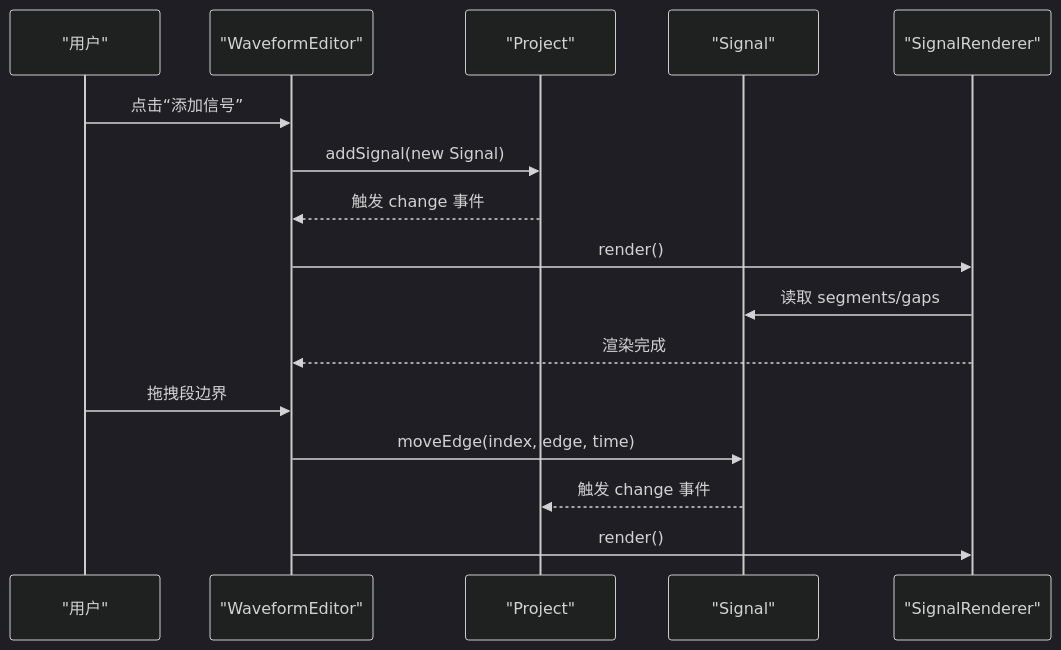
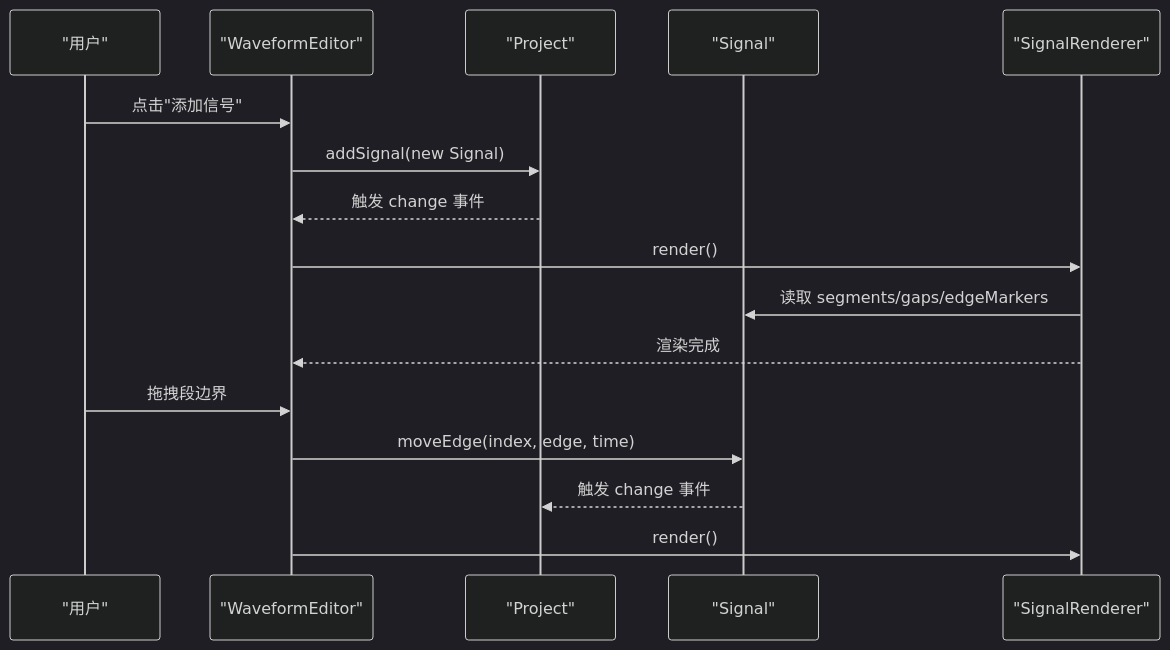
The seventh of 8 diagrams in .qoder/repowiki/zh/content/数据模型系统/信号模型 (Signal).md (nht123456/waveform-editor), drawn with Mermaid (dark theme) before and after one commit. The commit also changed other lines of this file and 12 other files, not shown here.

````diff
--- a/.qoder/repowiki/zh/content/数据模型系统/信号模型 (Signal).md
+++ b/.qoder/repowiki/zh/content/数据模型系统/信号模型 (Signal).md
@@ -389,18 +443,18 @@
 ```mermaid
 sequenceDiagram
 participant User as "用户"
 participant Editor as "WaveformEditor"
 participant Project as "Project"
 participant Signal as "Signal"
 participant Renderer as "SignalRenderer"
-User->>Editor : 点击“添加信号”
+User->>Editor : 点击"添加信号"
 Editor->>Project : addSignal(new Signal)
 Project-->>Editor : 触发 change 事件
 Editor->>Renderer : render()
-Renderer->>Signal : 读取 segments/gaps
+Renderer->>Signal : 读取 segments/gaps/edgeMarkers
 Renderer-->>Editor : 渲染完成
 User->>Editor : 拖拽段边界
 Editor->>Signal : moveEdge(index, edge, time)
 Signal-->>Project : 触发 change 事件
 Editor->>Renderer : render()
 ```
````
